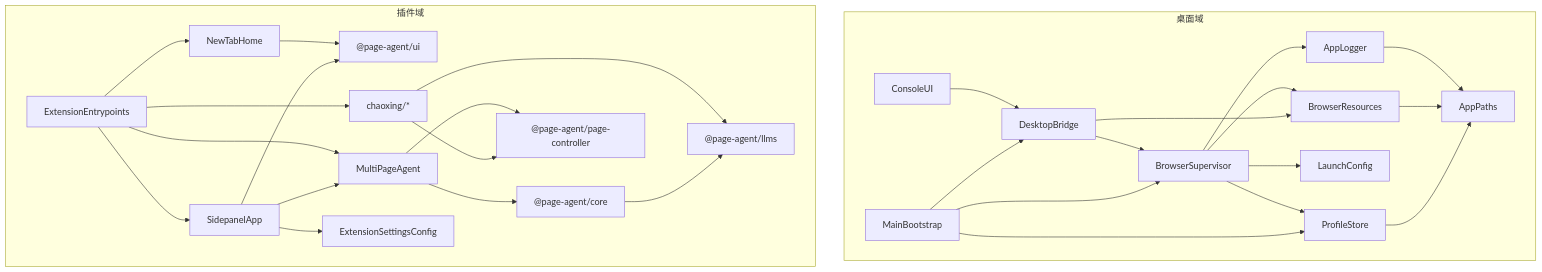
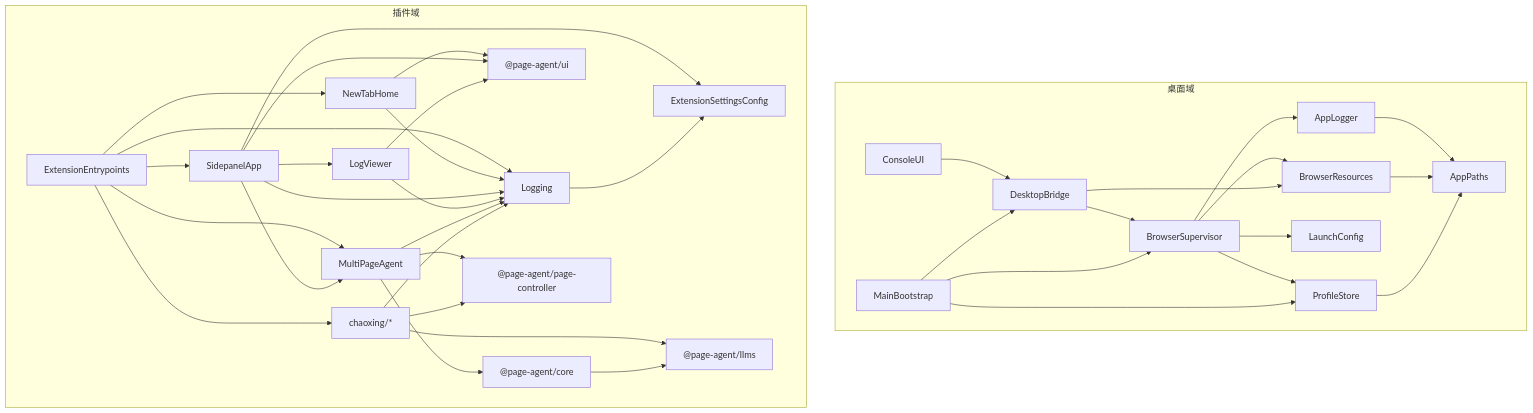
Before and after one commit to SmartSunruiyang/WenXue: the diagram in .project.agents/docs/context/ARCHITECTURE.md, drawn with Mermaid. The commit also changed other lines of this file and 39 other files, not shown here.

First line of the commit message:
feat(ext): persistent logging system with viewer, retention, and LLM capture

````diff
--- a/.project.agents/docs/context/ARCHITECTURE.md
+++ b/.project.agents/docs/context/ARCHITECTURE.md
@@ -237,33 +258,42 @@
 ```mermaid
 graph TD
     subgraph 桌面域
         MainBootstrap --> DesktopBridge
         MainBootstrap --> BrowserSupervisor
         MainBootstrap --> ProfileStore
         ConsoleUI --> DesktopBridge
         DesktopBridge --> BrowserSupervisor
         DesktopBridge --> BrowserResources
         BrowserSupervisor --> LaunchConfig
         BrowserSupervisor --> BrowserResources
         BrowserSupervisor --> ProfileStore
         BrowserSupervisor --> AppLogger
         ProfileStore --> AppPaths
         BrowserResources --> AppPaths
         AppLogger --> AppPaths
     end
     subgraph 插件域
         ExtensionEntrypoints --> SidepanelApp
         ExtensionEntrypoints --> NewTabHome
+        ExtensionEntrypoints --> Logging
         NewTabHome --> PA_UI["@page-agent/ui"]
+        NewTabHome --> Logging
         ExtensionEntrypoints --> MultiPageAgent
         ExtensionEntrypoints --> Chaoxing["chaoxing/*"]
         SidepanelApp --> MultiPageAgent
         SidepanelApp --> ExtensionSettingsConfig
+        SidepanelApp --> LogViewer
+        SidepanelApp --> Logging
         SidepanelApp --> PA_UI["@page-agent/ui"]
+        LogViewer --> Logging
+        LogViewer --> PA_UI
+        Logging --> ExtensionSettingsConfig
         MultiPageAgent --> PA_CORE["@page-agent/core"]
         MultiPageAgent --> PA_PC["@page-agent/page-controller"]
+        MultiPageAgent --> Logging
         Chaoxing --> PA_LLMS["@page-agent/llms"]
         Chaoxing --> PA_PC["@page-agent/page-controller"]
+        Chaoxing --> Logging
         PA_CORE --> PA_LLMS["@page-agent/llms"]
     end
 ```
````
